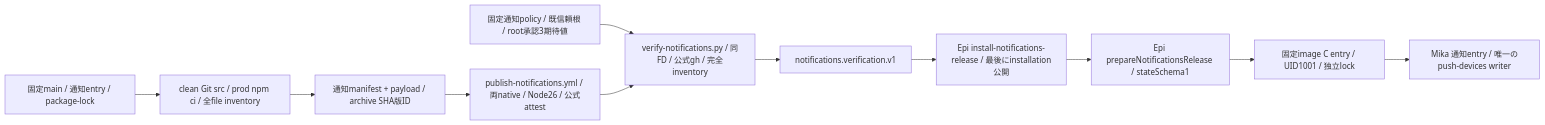
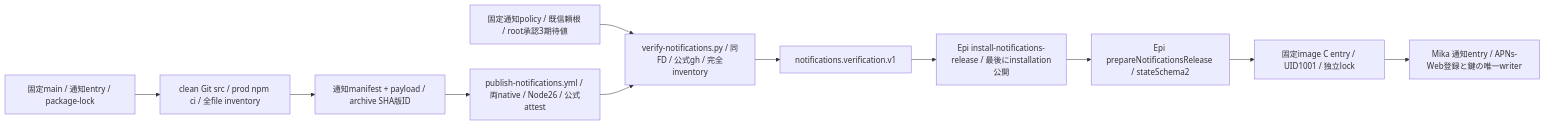
Before and after one commit to kitepon/BellTeam: the diagram in docs/architecture/modules/distribution/notifications-artifact.md, drawn with Mermaid. The commit also changed other lines of this file and 8 other files, not shown here.

````diff
--- a/docs/architecture/modules/distribution/notifications-artifact.md
+++ b/docs/architecture/modules/distribution/notifications-artifact.md
@@ -5,13 +5,13 @@
 ```mermaid
 flowchart LR
   Git[固定main / 通知entry / package-lock] --> Pack[clean Git src / prod npm ci / 全file inventory]
   Pack --> Tar[通知manifest + payload / archive SHA版ID]
   Tar --> OIDC[publish-notifications.yml / 両native / Node26 / 公式attest]
   Trust[固定通知policy / 既信頼根 / root承認3期待値] --> Verify[verify-notifications.py / 同FD / 公式gh / 完全inventory]
   OIDC --> Verify
   Verify --> Receipt[notifications.verification.v1]
   Receipt --> Writer[Epi install-notifications-release / 最後にinstallation公開]
-  Writer --> Reader[Epi prepareNotificationsRelease / stateSchema1]
+  Writer --> Reader[Epi prepareNotificationsRelease / stateSchema2]
   Reader --> C[固定image C entry / UID1001 / 独立lock]
-  C --> Child[Mika 通知entry / 唯一のpush-devices writer]
+  C --> Child[Mika 通知entry / APNs-Web登録と鍵の唯一writer]
 ```
````
